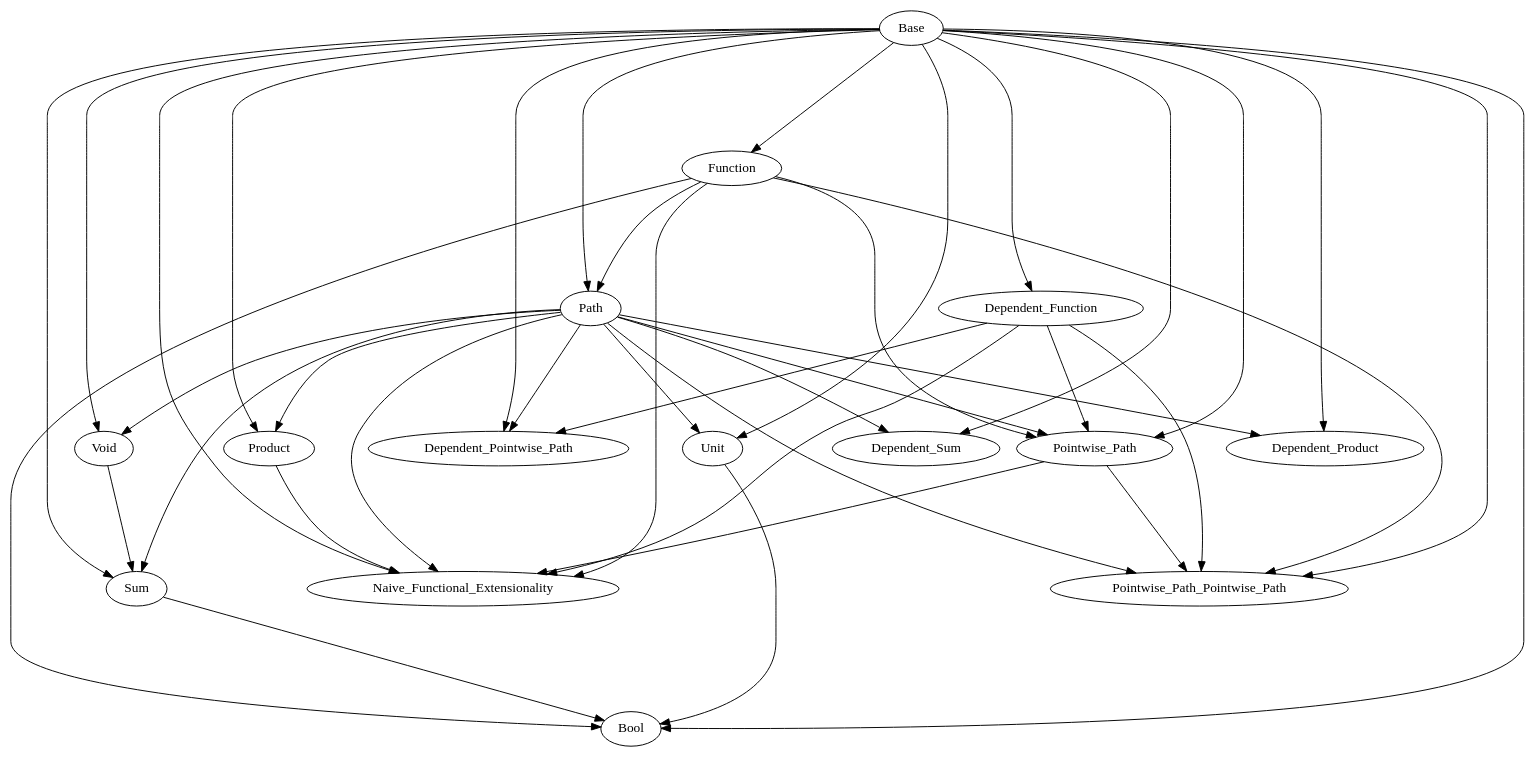
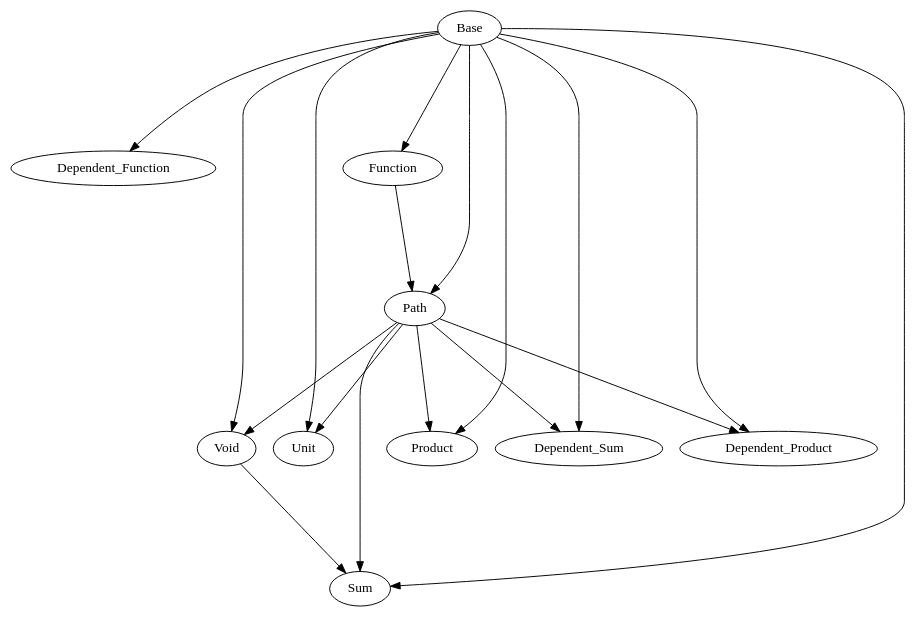
Before and after one commit to Hexirp/googology-in-coq: the diagram in libraries/dependencies.gv, drawn with Graphviz. The commit also changed 5 other files, not shown here.

```diff
--- a/libraries/dependencies.gv
+++ b/libraries/dependencies.gv
@@ -1,72 +1,40 @@
 digraph Dependencies {
   edge [ minlen = 3 ];
 
   # Base
 
   # Dependent_Function
   "Base" -> "Dependent_Function";
 
   # Function
   "Base" -> "Function";
 
   # Path
   "Base" -> "Path";
   "Function" -> "Path";
 
   # Void
   "Base" -> "Void";
   "Path" -> "Void";
 
   # Unit
   "Base" -> "Unit";
   "Path" -> "Unit";
 
   # Sum
   "Base" -> "Sum";
   "Path" -> "Sum";
   "Void" -> "Sum";
 
   # Product
   "Base" -> "Product";
   "Path" -> "Product";
 
   # Dependent_Sum
   "Base" -> "Dependent_Sum";
   "Path" -> "Dependent_Sum";
 
   # Dependent_Product
   "Base" -> "Dependent_Product";
   "Path" -> "Dependent_Product";
-
-  # Dependent_Pointwise_Path
-  "Base" -> "Dependent_Pointwise_Path";
-  "Dependent_Function" -> "Dependent_Pointwise_Path";
-  "Path" -> "Dependent_Pointwise_Path";
-
-  # Pointwise_Path
-  "Base" -> "Pointwise_Path";
-  "Dependent_Function" -> "Pointwise_Path";
-  "Function" -> "Pointwise_Path";
-  "Path" -> "Pointwise_Path";
-
-  # Pointwise_Path_Pointwise_Path
-  "Base" -> "Pointwise_Path_Pointwise_Path";
-  "Dependent_Function" -> "Pointwise_Path_Pointwise_Path";
-  "Function" -> "Pointwise_Path_Pointwise_Path";
-  "Path" -> "Pointwise_Path_Pointwise_Path";
-  "Pointwise_Path" -> "Pointwise_Path_Pointwise_Path";
-
-  # Naive_Functional_Extensionality
-  "Base" -> "Naive_Functional_Extensionality";
-  "Dependent_Function" -> "Naive_Functional_Extensionality";
-  "Function" -> "Naive_Functional_Extensionality";
-  "Product" -> "Naive_Functional_Extensionality";
-  "Path" -> "Naive_Functional_Extensionality";
-  "Pointwise_Path" -> "Naive_Functional_Extensionality";
-
-  # Bool
-  "Base" -> "Bool";
-  "Function" -> "Bool";
-  "Sum" -> "Bool";
-  "Unit" -> "Bool";
 }
```
